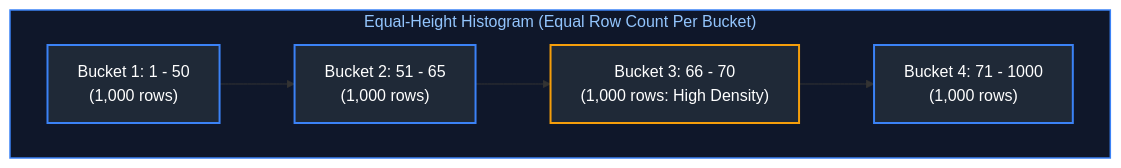
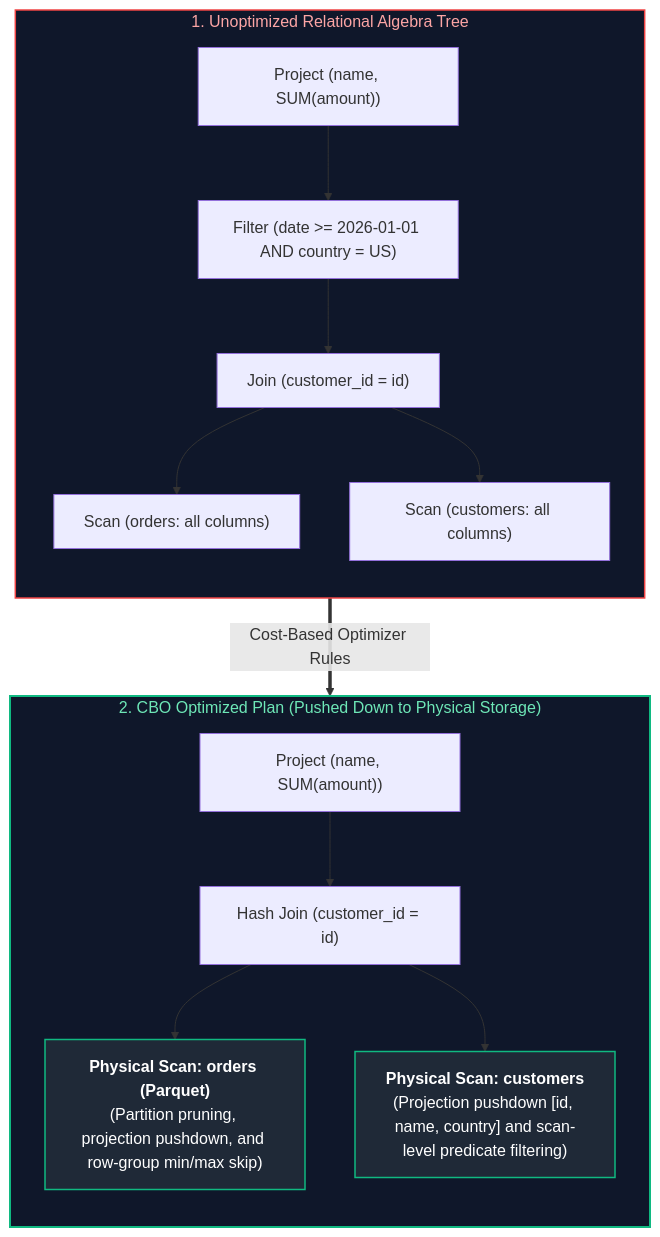
Before and after one commit to joydeep-biswas/Interview-Preparation: diagram 16 of 23 in Data Engineering/04_database_internals_and_performance.md, drawn with Mermaid. The commit also changed other lines of this file and 143 other files, not shown here.

````diff
--- a/Data Engineering/04_database_internals_and_performance.md
+++ b/Data Engineering/04_database_internals_and_performance.md
@@ -1066,16 +877,32 @@
 ```mermaid
-flowchart LR
-    subgraph EqualHeightHistogram ["Equal-Height Histogram (Equal Row Count Per Bucket)"]
-        direction LR
-        B1["Bucket 1: 1 - 50<br/>(1,000 rows)"] --> B2["Bucket 2: 51 - 65<br/>(1,000 rows)"]
-        B2 --> B3["Bucket 3: 66 - 70<br/>(1,000 rows: High Density)"]
-        B3 --> B4["Bucket 4: 71 - 1000<br/>(1,000 rows)"]
+flowchart TD
+    subgraph LogicalPlan ["1. Unoptimized Relational Algebra Tree"]
+        direction TB
+        L_Proj["Project (name, SUM(amount))"]
+        L_Filter["Filter (date >= 2026-01-01 AND country = US)"]
+        L_Join["Join (customer_id = id)"]
+        L_ScanOrders["Scan (orders: all columns)"]
+        L_ScanCust["Scan (customers: all columns)"]
+        L_Proj --> L_Filter --> L_Join
+        L_Join --> L_ScanOrders
+        L_Join --> L_ScanCust
     end
 
-    style EqualHeightHistogram fill:#0f172a,stroke:#3b82f6,stroke-width:1.5px,color:#93c5fd
+    subgraph OptimizedPlan ["2. CBO Optimized Plan (Pushed Down to Physical Storage)"]
+        direction TB
+        O_Proj["Project (name, SUM(amount))"]
+        O_Join["Hash Join (customer_id = id)"]
+        O_ScanOrders["<b>Physical Scan: orders (Parquet)</b><br/>(Partition pruning, projection pushdown, and row-group min/max skip)"]
+        O_ScanCust["<b>Physical Scan: customers</b><br/>(Projection pushdown [id, name, country] and scan-level predicate filtering)"]
+        O_Proj --> O_Join
+        O_Join --> O_ScanOrders
+        O_Join --> O_ScanCust
+    end
 
-    style B1 fill:#1f2937,stroke:#3b82f6,stroke-width:2px,color:#fff
-    style B2 fill:#1f2937,stroke:#3b82f6,stroke-width:2px,color:#fff
-    style B3 fill:#1f2937,stroke:#f59e0b,stroke-width:2px,color:#fff
-    style B4 fill:#1f2937,stroke:#3b82f6,stroke-width:2px,color:#fff
+    LogicalPlan ==>|"Cost-Based Optimizer Rules"| OptimizedPlan
+
+    style LogicalPlan fill:#0f172a,stroke:#ef4444,stroke-width:1.5px,color:#fca5a5
+    style OptimizedPlan fill:#0f172a,stroke:#10b981,stroke-width:2px,color:#6ee7b7
+    style O_ScanOrders fill:#1f2937,stroke:#10b981,stroke-width:1.5px,color:#fff
+    style O_ScanCust fill:#1f2937,stroke:#10b981,stroke-width:1.5px,color:#fff
 ```
````
